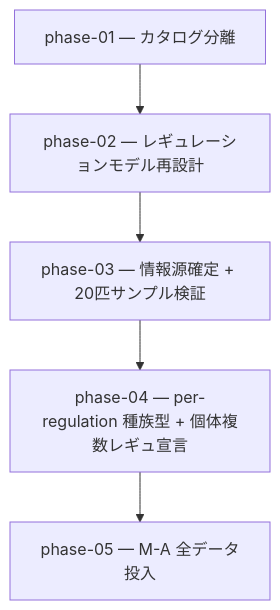
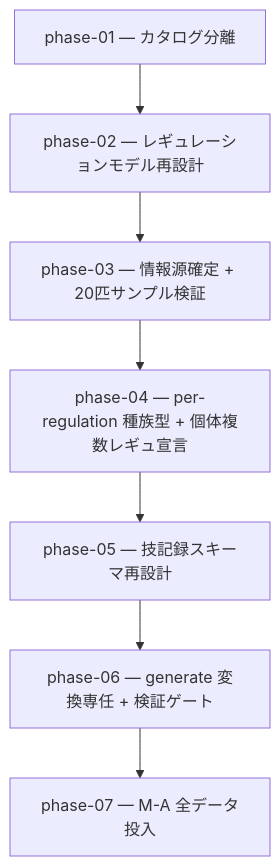
The diagram in docs/plan/02-data-model-redesign/README.md (subroh0508/pokeform), drawn with Mermaid before and after one commit. The commit also changed other lines of this file and 19 other files, not shown here.

````diff
--- a/docs/plan/02-data-model-redesign/README.md
+++ b/docs/plan/02-data-model-redesign/README.md
@@ -14,7 +14,9 @@
 ```mermaid
 flowchart TD
     P1[phase-01 — カタログ分離] --> P2[phase-02 — レギュレーションモデル再設計]
     P2 --> P3[phase-03 — 情報源確定 + 20匹サンプル検証]
     P3 --> P4[phase-04 — per-regulation 種族型 + 個体複数レギュ宣言]
-    P4 --> P5[phase-05 — M-A 全データ投入]
+    P4 --> P5[phase-05 — 技記録スキーマ再設計]
+    P5 --> P6[phase-06 — generate 変換専任 + 検証ゲート]
+    P6 --> P7[phase-07 — M-A 全データ投入]
 ```
````
